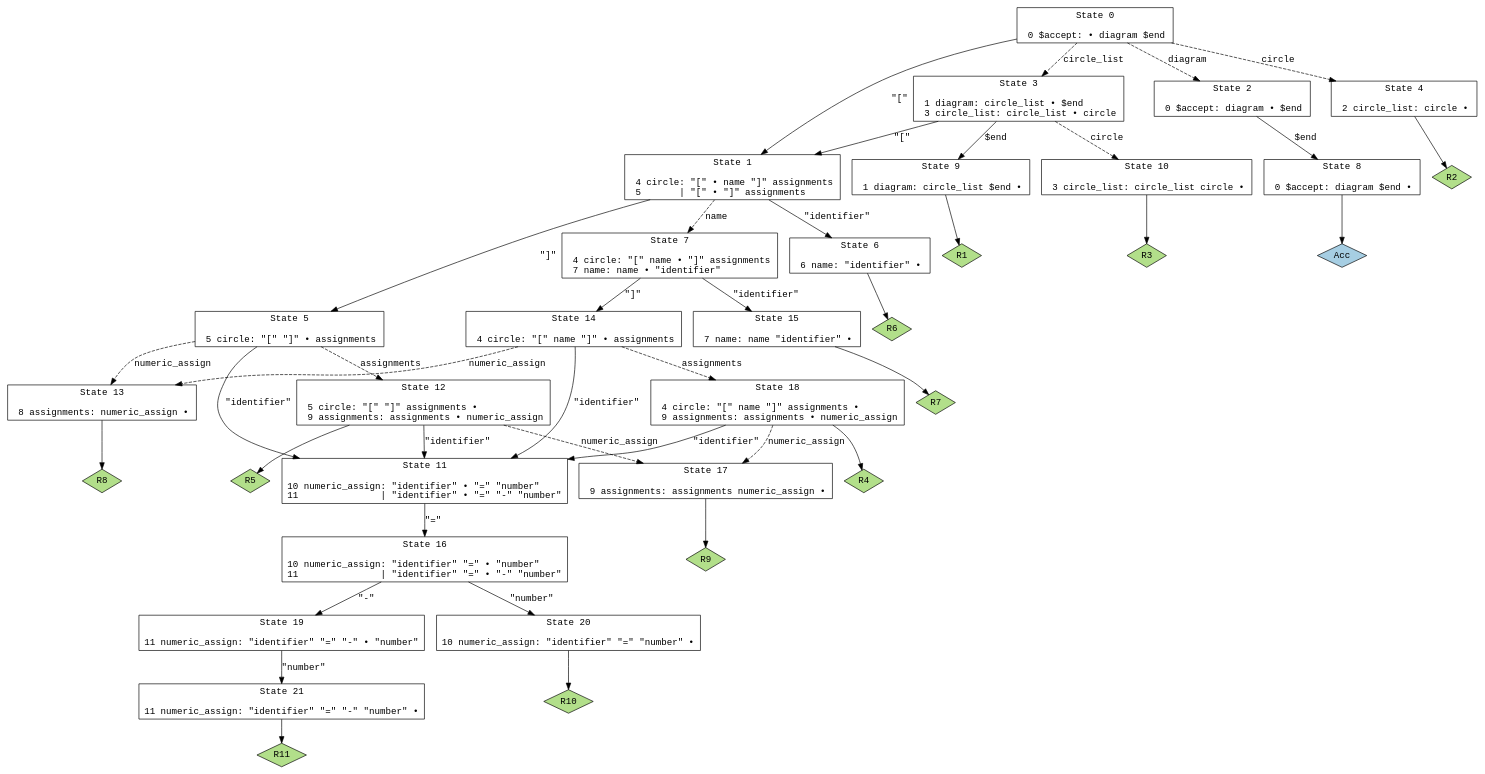
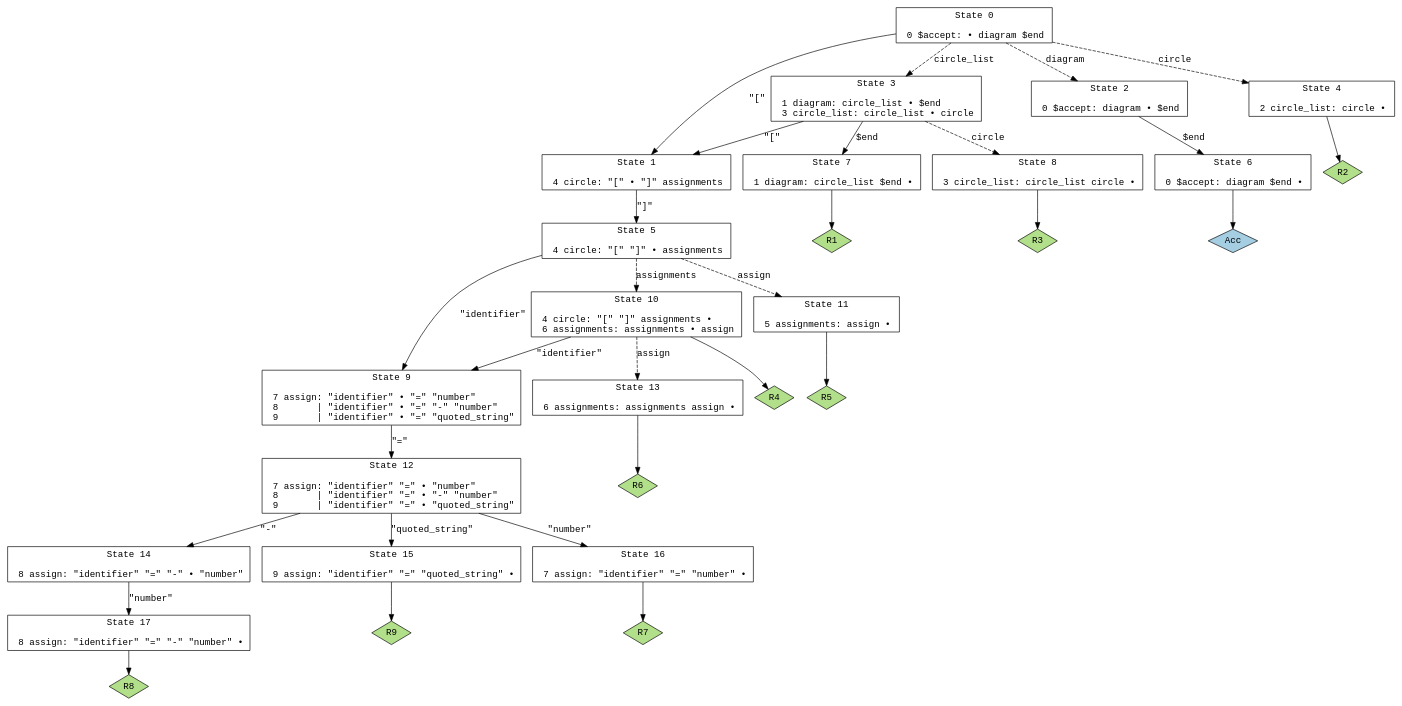
Before and after one commit to mahlenmorris/VCVRack: the diagram in src/parser-venn/parser.gv, drawn with Graphviz. The commit also changed 8 other files, not shown here.

Commit message:
Moved Circle name to a field.

```diff
--- a/src/parser-venn/parser.gv
+++ b/src/parser-venn/parser.gv
@@ -1,83 +1,67 @@
 // Generated by GNU Bison 3.8.2.
 // Report bugs to <bug-bison@gnu.org>.
 // Home page: <https://www.gnu.org/software/bison/>.
 
 digraph "parser.yy"
 {
   node [fontname = courier, shape = box, colorscheme = paired6]
   edge [fontname = courier]
 
   0 [label="State 0\n\l  0 $accept: • diagram $end\l"]
   0 -> 1 [style=solid label="\"[\""]
   0 -> 2 [style=dashed label="diagram"]
   0 -> 3 [style=dashed label="circle_list"]
   0 -> 4 [style=dashed label="circle"]
-  1 [label="State 1\n\l  4 circle: \"[\" • name \"]\" assignments\l  5       | \"[\" • \"]\" assignments\l"]
+  1 [label="State 1\n\l  4 circle: \"[\" • \"]\" assignments\l"]
   1 -> 5 [style=solid label="\"]\""]
-  1 -> 6 [style=solid label="\"identifier\""]
-  1 -> 7 [style=dashed label="name"]
   2 [label="State 2\n\l  0 $accept: diagram • $end\l"]
-  2 -> 8 [style=solid label="$end"]
+  2 -> 6 [style=solid label="$end"]
   3 [label="State 3\n\l  1 diagram: circle_list • $end\l  3 circle_list: circle_list • circle\l"]
-  3 -> 9 [style=solid label="$end"]
+  3 -> 7 [style=solid label="$end"]
   3 -> 1 [style=solid label="\"[\""]
-  3 -> 10 [style=dashed label="circle"]
+  3 -> 8 [style=dashed label="circle"]
   4 [label="State 4\n\l  2 circle_list: circle •\l"]
   4 -> "4R2" [style=solid]
  "4R2" [label="R2", fillcolor=3, shape=diamond, style=filled]
-  5 [label="State 5\n\l  5 circle: \"[\" \"]\" • assignments\l"]
-  5 -> 11 [style=solid label="\"identifier\""]
-  5 -> 12 [style=dashed label="assignments"]
-  5 -> 13 [style=dashed label="numeric_assign"]
-  6 [label="State 6\n\l  6 name: \"identifier\" •\l"]
-  6 -> "6R6" [style=solid]
- "6R6" [label="R6", fillcolor=3, shape=diamond, style=filled]
-  7 [label="State 7\n\l  4 circle: \"[\" name • \"]\" assignments\l  7 name: name • \"identifier\"\l"]
-  7 -> 14 [style=solid label="\"]\""]
-  7 -> 15 [style=solid label="\"identifier\""]
-  8 [label="State 8\n\l  0 $accept: diagram $end •\l"]
-  8 -> "8R0" [style=solid]
- "8R0" [label="Acc", fillcolor=1, shape=diamond, style=filled]
-  9 [label="State 9\n\l  1 diagram: circle_list $end •\l"]
-  9 -> "9R1" [style=solid]
- "9R1" [label="R1", fillcolor=3, shape=diamond, style=filled]
-  10 [label="State 10\n\l  3 circle_list: circle_list circle •\l"]
-  10 -> "10R3" [style=solid]
- "10R3" [label="R3", fillcolor=3, shape=diamond, style=filled]
-  11 [label="State 11\n\l 10 numeric_assign: \"identifier\" • \"=\" \"number\"\l 11               | \"identifier\" • \"=\" \"-\" \"number\"\l"]
-  11 -> 16 [style=solid label="\"=\""]
-  12 [label="State 12\n\l  5 circle: \"[\" \"]\" assignments •\l  9 assignments: assignments • numeric_assign\l"]
-  12 -> 11 [style=solid label="\"identifier\""]
-  12 -> 17 [style=dashed label="numeric_assign"]
-  12 -> "12R5" [style=solid]
- "12R5" [label="R5", fillcolor=3, shape=diamond, style=filled]
-  13 [label="State 13\n\l  8 assignments: numeric_assign •\l"]
-  13 -> "13R8" [style=solid]
- "13R8" [label="R8", fillcolor=3, shape=diamond, style=filled]
-  14 [label="State 14\n\l  4 circle: \"[\" name \"]\" • assignments\l"]
-  14 -> 11 [style=solid label="\"identifier\""]
-  14 -> 18 [style=dashed label="assignments"]
-  14 -> 13 [style=dashed label="numeric_assign"]
-  15 [label="State 15\n\l  7 name: name \"identifier\" •\l"]
-  15 -> "15R7" [style=solid]
- "15R7" [label="R7", fillcolor=3, shape=diamond, style=filled]
-  16 [label="State 16\n\l 10 numeric_assign: \"identifier\" \"=\" • \"number\"\l 11               | \"identifier\" \"=\" • \"-\" \"number\"\l"]
-  16 -> 19 [style=solid label="\"-\""]
-  16 -> 20 [style=solid label="\"number\""]
-  17 [label="State 17\n\l  9 assignments: assignments numeric_assign •\l"]
-  17 -> "17R9" [style=solid]
- "17R9" [label="R9", fillcolor=3, shape=diamond, style=filled]
-  18 [label="State 18\n\l  4 circle: \"[\" name \"]\" assignments •\l  9 assignments: assignments • numeric_assign\l"]
-  18 -> 11 [style=solid label="\"identifier\""]
-  18 -> 17 [style=dashed label="numeric_assign"]
-  18 -> "18R4" [style=solid]
- "18R4" [label="R4", fillcolor=3, shape=diamond, style=filled]
-  19 [label="State 19\n\l 11 numeric_assign: \"identifier\" \"=\" \"-\" • \"number\"\l"]
-  19 -> 21 [style=solid label="\"number\""]
-  20 [label="State 20\n\l 10 numeric_assign: \"identifier\" \"=\" \"number\" •\l"]
-  20 -> "20R10" [style=solid]
- "20R10" [label="R10", fillcolor=3, shape=diamond, style=filled]
-  21 [label="State 21\n\l 11 numeric_assign: \"identifier\" \"=\" \"-\" \"number\" •\l"]
-  21 -> "21R11" [style=solid]
- "21R11" [label="R11", fillcolor=3, shape=diamond, style=filled]
+  5 [label="State 5\n\l  4 circle: \"[\" \"]\" • assignments\l"]
+  5 -> 9 [style=solid label="\"identifier\""]
+  5 -> 10 [style=dashed label="assignments"]
+  5 -> 11 [style=dashed label="assign"]
+  6 [label="State 6\n\l  0 $accept: diagram $end •\l"]
+  6 -> "6R0" [style=solid]
+ "6R0" [label="Acc", fillcolor=1, shape=diamond, style=filled]
+  7 [label="State 7\n\l  1 diagram: circle_list $end •\l"]
+  7 -> "7R1" [style=solid]
+ "7R1" [label="R1", fillcolor=3, shape=diamond, style=filled]
+  8 [label="State 8\n\l  3 circle_list: circle_list circle •\l"]
+  8 -> "8R3" [style=solid]
+ "8R3" [label="R3", fillcolor=3, shape=diamond, style=filled]
+  9 [label="State 9\n\l  7 assign: \"identifier\" • \"=\" \"number\"\l  8       | \"identifier\" • \"=\" \"-\" \"number\"\l  9       | \"identifier\" • \"=\" \"quoted_string\"\l"]
+  9 -> 12 [style=solid label="\"=\""]
+  10 [label="State 10\n\l  4 circle: \"[\" \"]\" assignments •\l  6 assignments: assignments • assign\l"]
+  10 -> 9 [style=solid label="\"identifier\""]
+  10 -> 13 [style=dashed label="assign"]
+  10 -> "10R4" [style=solid]
+ "10R4" [label="R4", fillcolor=3, shape=diamond, style=filled]
+  11 [label="State 11\n\l  5 assignments: assign •\l"]
+  11 -> "11R5" [style=solid]
+ "11R5" [label="R5", fillcolor=3, shape=diamond, style=filled]
+  12 [label="State 12\n\l  7 assign: \"identifier\" \"=\" • \"number\"\l  8       | \"identifier\" \"=\" • \"-\" \"number\"\l  9       | \"identifier\" \"=\" • \"quoted_string\"\l"]
+  12 -> 14 [style=solid label="\"-\""]
+  12 -> 15 [style=solid label="\"quoted_string\""]
+  12 -> 16 [style=solid label="\"number\""]
+  13 [label="State 13\n\l  6 assignments: assignments assign •\l"]
+  13 -> "13R6" [style=solid]
+ "13R6" [label="R6", fillcolor=3, shape=diamond, style=filled]
+  14 [label="State 14\n\l  8 assign: \"identifier\" \"=\" \"-\" • \"number\"\l"]
+  14 -> 17 [style=solid label="\"number\""]
+  15 [label="State 15\n\l  9 assign: \"identifier\" \"=\" \"quoted_string\" •\l"]
+  15 -> "15R9" [style=solid]
+ "15R9" [label="R9", fillcolor=3, shape=diamond, style=filled]
+  16 [label="State 16\n\l  7 assign: \"identifier\" \"=\" \"number\" •\l"]
+  16 -> "16R7" [style=solid]
+ "16R7" [label="R7", fillcolor=3, shape=diamond, style=filled]
+  17 [label="State 17\n\l  8 assign: \"identifier\" \"=\" \"-\" \"number\" •\l"]
+  17 -> "17R8" [style=solid]
+ "17R8" [label="R8", fillcolor=3, shape=diamond, style=filled]
 }
```
